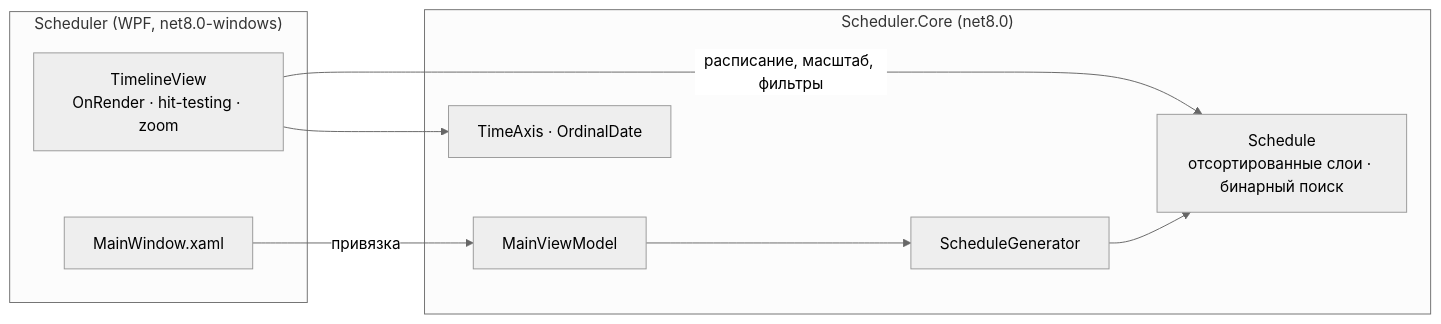
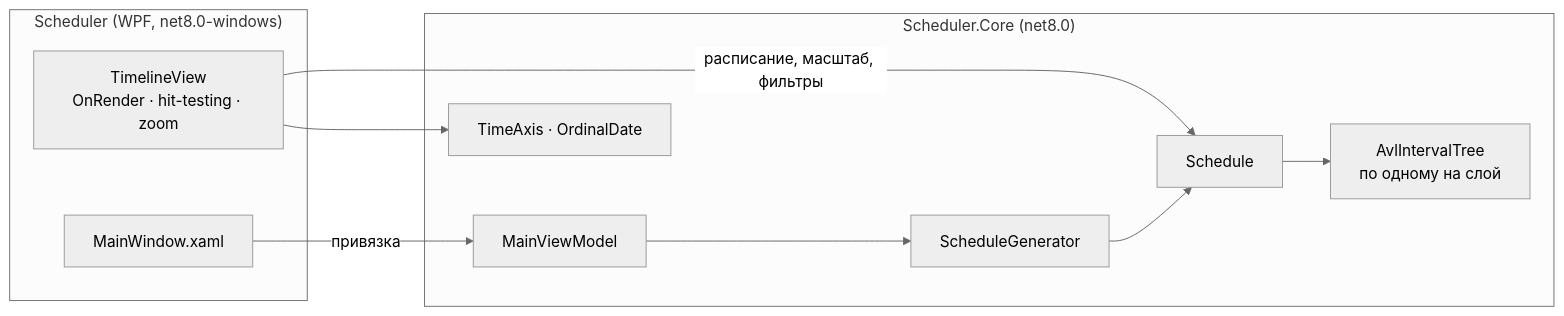
One commit to Staery/Scheduler changed the diagram in README.ru.md. Above: the diagram before and after it, drawn with Mermaid (neutral theme). The commit also changed other lines of this file and 7 other files, not shown here.

First line of the commit message:
Index layers with a custom AVL interval tree

````diff
--- a/README.ru.md
+++ b/README.ru.md
@@ -60,19 +61,21 @@
 ```mermaid
 flowchart LR
     subgraph App["Scheduler (WPF, net8.0-windows)"]
         V[MainWindow.xaml]
         T[TimelineView<br/>OnRender · hit-testing · zoom]
     end
 
     subgraph Core["Scheduler.Core (net8.0)"]
         VM[MainViewModel]
         G[ScheduleGenerator]
-        S[Schedule<br/>отсортированные слои · бинарный поиск]
+        S[Schedule]
+        AVL[AvlIntervalTree<br/>по одному на слой]
         A[TimeAxis · OrdinalDate]
     end
 
     V -- привязка --> VM
     T -- расписание, масштаб, фильтры --> S
+    S --> AVL
     T --> A
     VM --> G --> S
 ```
````
